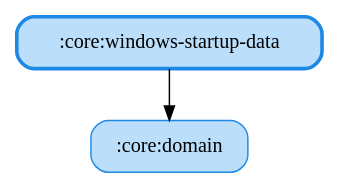
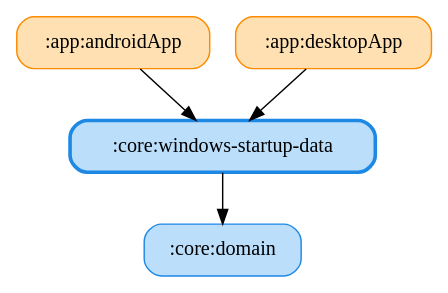
The diagram in docs/graphs/core-windows-startup-data.gv (ai-kurou/KoDriver), drawn with Graphviz before and after one commit. The commit also changed 7 other files, not shown here.

Commit message:
chore: update module graph images

```diff
--- a/docs/graphs/core-windows-startup-data.gv
+++ b/docs/graphs/core-windows-startup-data.gv
@@ -1,7 +1,11 @@
 digraph G {
   rankdir=TB
   node [shape=box, style="rounded,filled"]
+  ":app:androidApp" [fillcolor="#FFE0B2", color="#FB8C00", penwidth=1]
+  ":app:desktopApp" [fillcolor="#FFE0B2", color="#FB8C00", penwidth=1]
   ":core:domain" [fillcolor="#BBDEFB", color="#1E88E5", penwidth=1]
   ":core:windows-startup-data" [fillcolor="#BBDEFB", color="#1E88E5", penwidth=2.5]
+  ":app:androidApp" -> ":core:windows-startup-data"
+  ":app:desktopApp" -> ":core:windows-startup-data"
   ":core:windows-startup-data" -> ":core:domain"
 }
```
